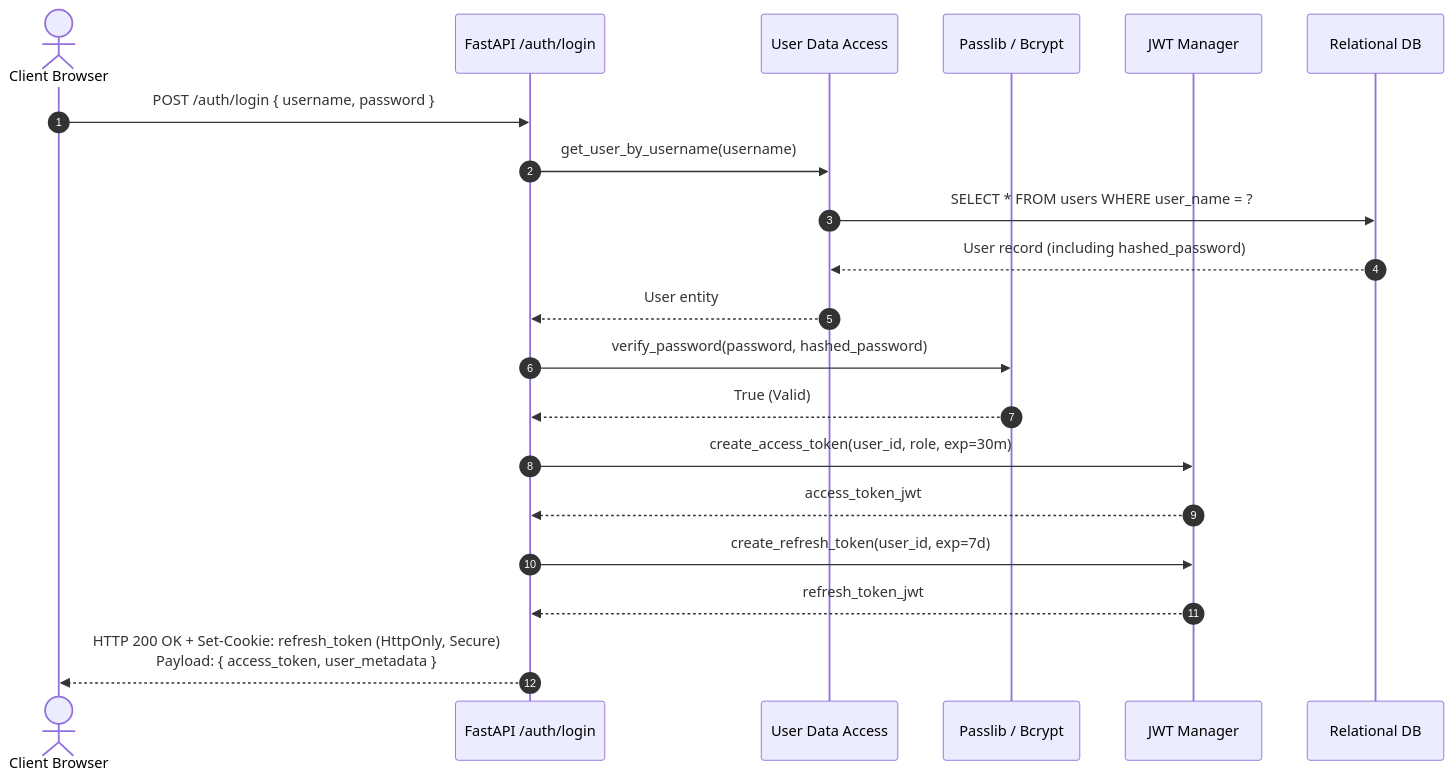
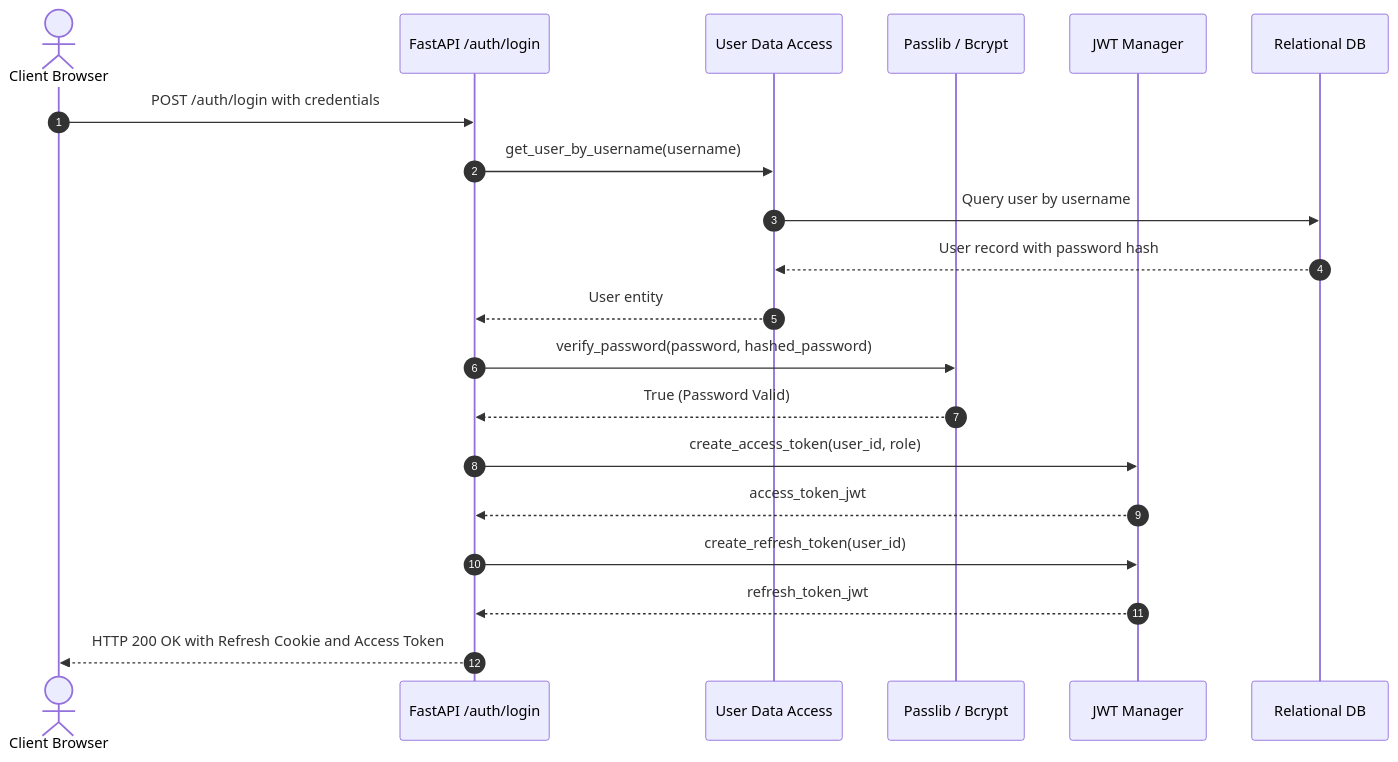
The fourth of 10 diagrams in documents/03-system-design.md (musfirofficial/StockSphere), drawn with Mermaid before and after one commit. The commit also changed other lines of this file, not shown here.

````diff
--- a/documents/03-system-design.md
+++ b/documents/03-system-design.md
@@ -390,27 +390,27 @@
 ```mermaid
 sequenceDiagram
     autonumber
     actor User as Client Browser
     participant AuthRoute as FastAPI /auth/login
     participant AuthCRUD as User Data Access
     participant Crypt as Passlib / Bcrypt
     participant JWTEngine as JWT Manager
     participant DB as Relational DB
 
-    User->>AuthRoute: POST /auth/login { username, password }
+    User->>AuthRoute: POST /auth/login with credentials
     AuthRoute->>AuthCRUD: get_user_by_username(username)
-    AuthCRUD->>DB: SELECT * FROM users WHERE user_name = ?
-    DB-->>AuthCRUD: User record (including hashed_password)
+    AuthCRUD->>DB: Query user by username
+    DB-->>AuthCRUD: User record with password hash
     AuthCRUD-->>AuthRoute: User entity
-    
+
     AuthRoute->>Crypt: verify_password(password, hashed_password)
-    Crypt-->>AuthRoute: True (Valid)
-    
-    AuthRoute->>JWTEngine: create_access_token(user_id, role, exp=30m)
+    Crypt-->>AuthRoute: True (Password Valid)
+
+    AuthRoute->>JWTEngine: create_access_token(user_id, role)
     JWTEngine-->>AuthRoute: access_token_jwt
-    
-    AuthRoute->>JWTEngine: create_refresh_token(user_id, exp=7d)
+
+    AuthRoute->>JWTEngine: create_refresh_token(user_id)
     JWTEngine-->>AuthRoute: refresh_token_jwt
 
-    AuthRoute-->>User: HTTP 200 OK + Set-Cookie: refresh_token (HttpOnly, Secure)<br/>Payload: { access_token, user_metadata }
+    AuthRoute-->>User: HTTP 200 OK with Refresh Cookie and Access Token
 ```
````
